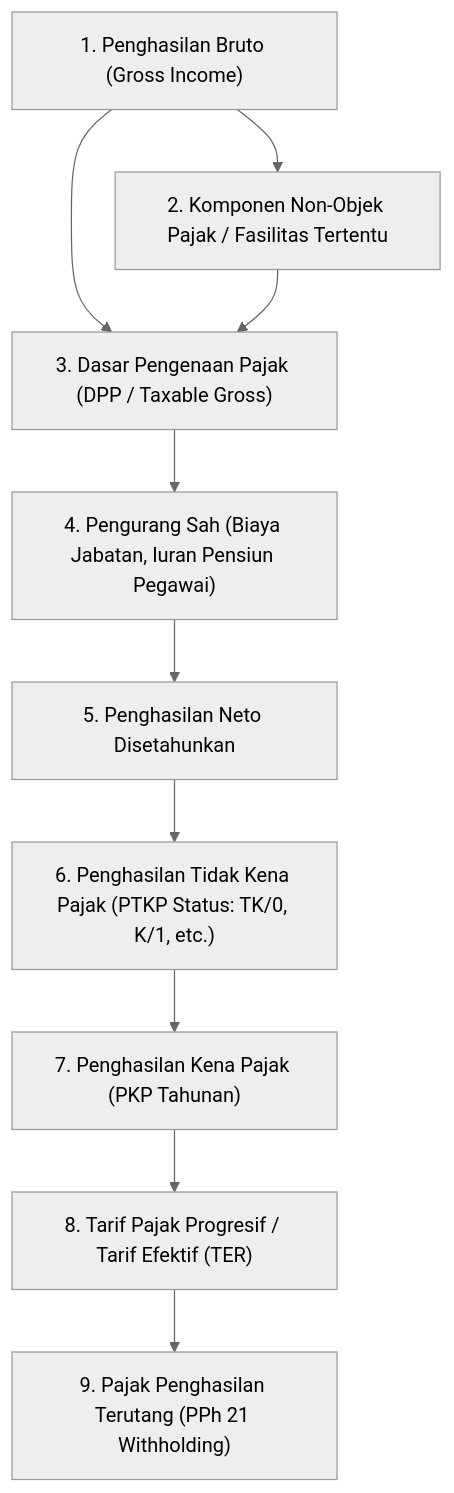
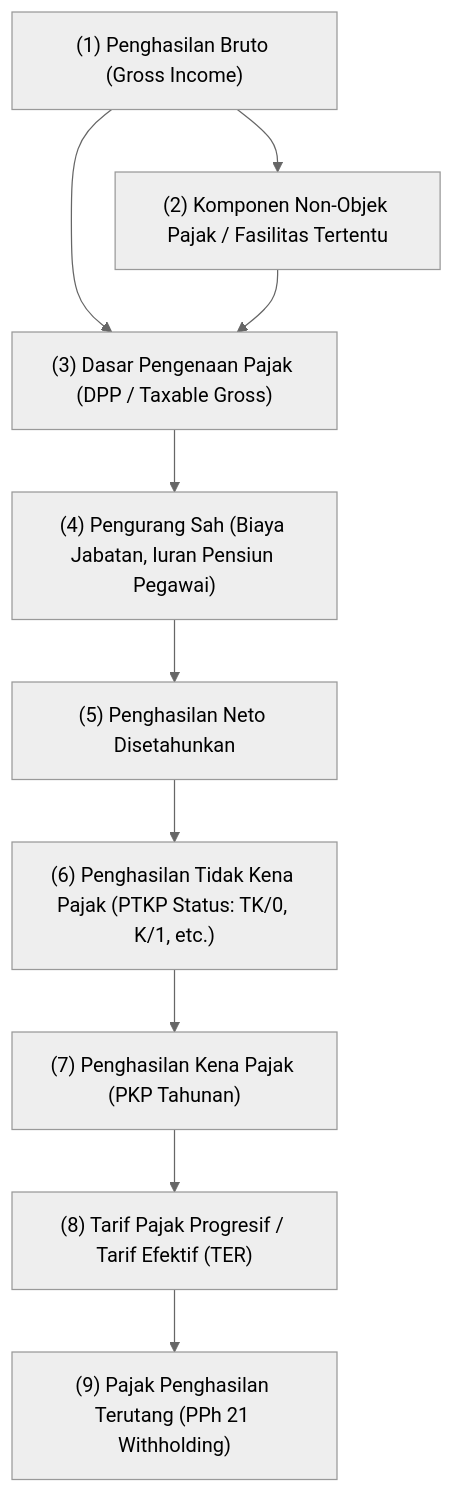
The first of 2 diagrams in content/10-hr/payroll-tax-and-statutory-compliance.md (alimurrofid/erp-notes), drawn with Mermaid (neutral theme) before and after one commit. The commit also changed 132 other files, not shown here.

````diff
--- a/content/10-hr/payroll-tax-and-statutory-compliance.md
+++ b/content/10-hr/payroll-tax-and-statutory-compliance.md
@@ -27,11 +27,11 @@
 ```mermaid
 flowchart TD
-    GROSS["1. Penghasilan Bruto (Gross Income)"] --> EXCL["2. Komponen Non-Objek Pajak / Fasilitas Tertentu"]
-    GROSS & EXCL --> DPP["3. Dasar Pengenaan Pajak (DPP / Taxable Gross)"]
-    DPP --> DEDUCT["4. Pengurang Sah (Biaya Jabatan, Iuran Pensiun Pegawai)"]
-    DEDUCT --> NET_INC["5. Penghasilan Neto Disetahunkan"]
-    NET_INC --> PTKP["6. Penghasilan Tidak Kena Pajak (PTKP Status: TK/0, K/1, etc.)"]
-    PTKP --> PKP["7. Penghasilan Kena Pajak (PKP Tahunan)"]
-    PKP --> BRACKET["8. Tarif Pajak Progresif / Tarif Efektif (TER)"]
-    BRACKET --> TAX_DUE["9. Pajak Penghasilan Terutang (PPh 21 Withholding)"]
+    GROSS["(1) Penghasilan Bruto (Gross Income)"] --> EXCL["(2) Komponen Non-Objek Pajak / Fasilitas Tertentu"]
+    GROSS & EXCL --> DPP["(3) Dasar Pengenaan Pajak (DPP / Taxable Gross)"]
+    DPP --> DEDUCT["(4) Pengurang Sah (Biaya Jabatan, Iuran Pensiun Pegawai)"]
+    DEDUCT --> NET_INC["(5) Penghasilan Neto Disetahunkan"]
+    NET_INC --> PTKP["(6) Penghasilan Tidak Kena Pajak (PTKP Status: TK/0, K/1, etc.)"]
+    PTKP --> PKP["(7) Penghasilan Kena Pajak (PKP Tahunan)"]
+    PKP --> BRACKET["(8) Tarif Pajak Progresif / Tarif Efektif (TER)"]
+    BRACKET --> TAX_DUE["(9) Pajak Penghasilan Terutang (PPh 21 Withholding)"]
 ```
````
